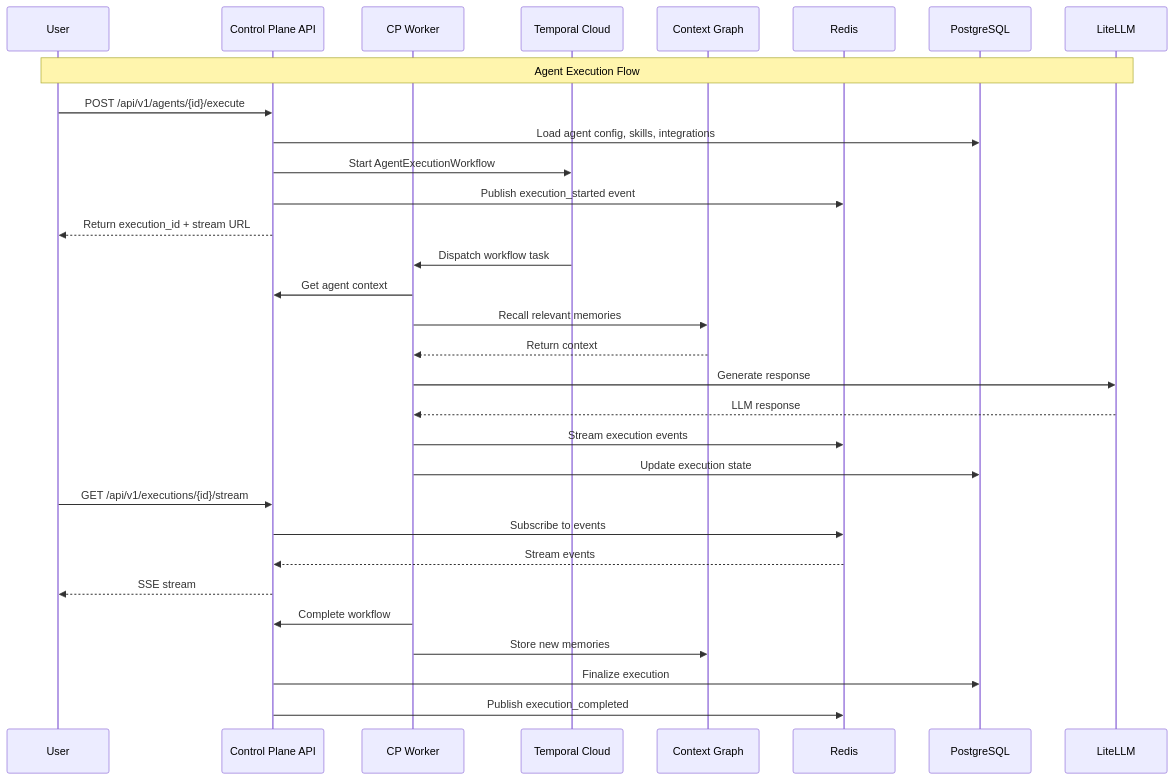
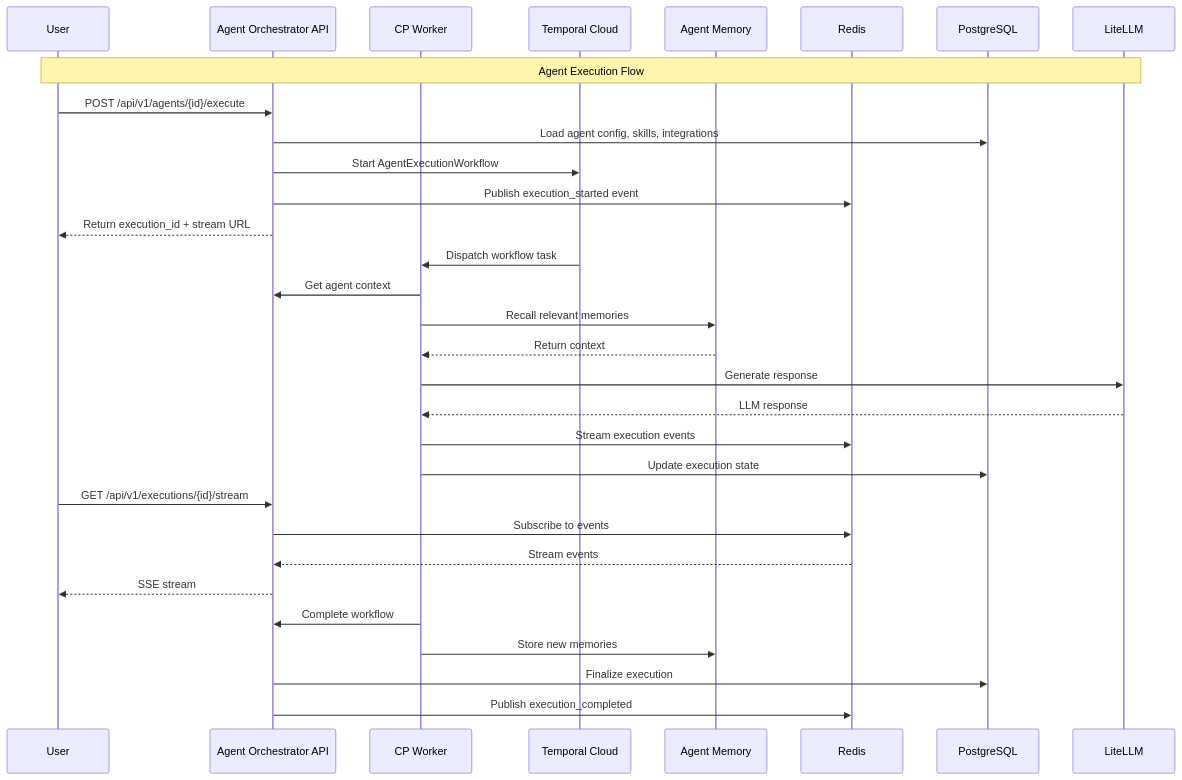
One commit to kubiyabot/helm-charts changed the second of 2 diagrams in charts/kubiya-stack/README.md. Above: the diagram before and after it, drawn with Mermaid. The commit also changed other lines of this file and 18 other files, not shown here.

````diff
--- a/charts/kubiya-stack/README.md
+++ b/charts/kubiya-stack/README.md
@@ -145,38 +145,38 @@
 ```mermaid
 sequenceDiagram
     participant User
-    participant CP as Control Plane API
+    participant CP as Agent Orchestrator API
     participant Worker as CP Worker
     participant TC as Temporal Cloud
-    participant CG as Context Graph
+    participant CG as Agent Memory
     participant Redis
     participant PG as PostgreSQL
     participant LLM as LiteLLM
 
     Note over User,LLM: Agent Execution Flow
 
     User->>CP: POST /api/v1/agents/{id}/execute
     CP->>PG: Load agent config, skills, integrations
     CP->>TC: Start AgentExecutionWorkflow
     CP->>Redis: Publish execution_started event
     CP-->>User: Return execution_id + stream URL
 
     TC->>Worker: Dispatch workflow task
     Worker->>CP: Get agent context
     Worker->>CG: Recall relevant memories
     CG-->>Worker: Return context
     Worker->>LLM: Generate response
     LLM-->>Worker: LLM response
     Worker->>Redis: Stream execution events
     Worker->>PG: Update execution state
 
     User->>CP: GET /api/v1/executions/{id}/stream
     CP->>Redis: Subscribe to events
     Redis-->>CP: Stream events
     CP-->>User: SSE stream
 
     Worker->>CP: Complete workflow
     Worker->>CG: Store new memories
     CP->>PG: Finalize execution
     CP->>Redis: Publish execution_completed
 ```
````
